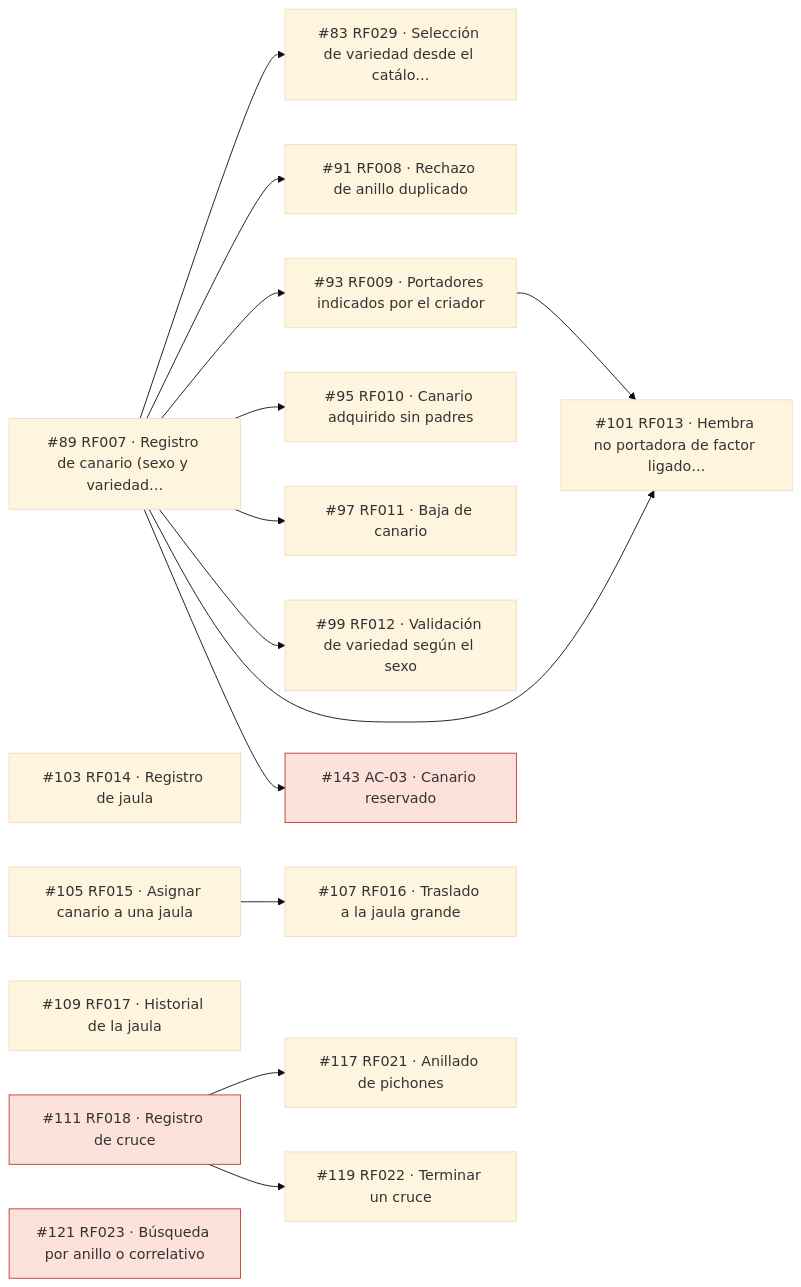
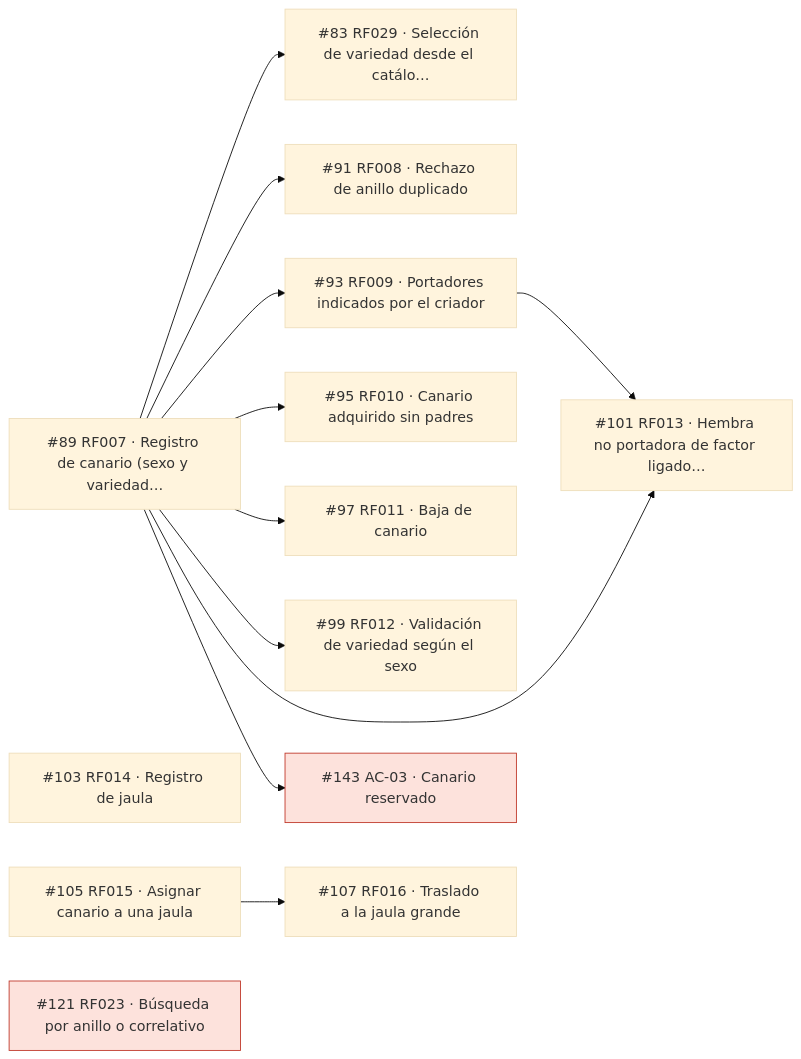
The eighth of 11 diagrams in docs/guia-issues.md (JereR1621/sistema-gestion-criadero-canarios), drawn with Mermaid (base theme) before and after one commit. The commit also changed other lines of this file and 4 other files, not shown here.

````diff
--- a/docs/guia-issues.md
+++ b/docs/guia-issues.md
@@ -329,34 +352,28 @@
 ```mermaid
 flowchart LR
     n83["#83 RF029 · Selección de variedad desde el catálo…"]
     n89["#89 RF007 · Registro de canario (sexo y variedad…"]
     n91["#91 RF008 · Rechazo de anillo duplicado"]
     n93["#93 RF009 · Portadores indicados por el criador"]
     n95["#95 RF010 · Canario adquirido sin padres"]
     n97["#97 RF011 · Baja de canario"]
     n99["#99 RF012 · Validación de variedad según el sexo"]
     n101["#101 RF013 · Hembra no portadora de factor ligado…"]
     n103["#103 RF014 · Registro de jaula"]
     n105["#105 RF015 · Asignar canario a una jaula"]
     n107["#107 RF016 · Traslado a la jaula grande"]
-    n109["#109 RF017 · Historial de la jaula"]
-    n111["#111 RF018 · Registro de cruce"]:::ajuste
-    n117["#117 RF021 · Anillado de pichones"]
-    n119["#119 RF022 · Terminar un cruce"]
     n121["#121 RF023 · Búsqueda por anillo o correlativo"]:::ajuste
     n143["#143 AC-03 · Canario reservado"]:::ajuste
     n89 --> n83
     n89 --> n91
     n89 --> n93
     n89 --> n95
     n89 --> n97
     n89 --> n99
     n89 --> n101
     n93 --> n101
     n105 --> n107
-    n111 --> n117
-    n111 --> n119
     n89 --> n143
     classDef antes fill:#eeeeee,stroke:#999999,color:#555555
     classDef ajuste fill:#fde2dc,stroke:#c0392b
 ```
````
